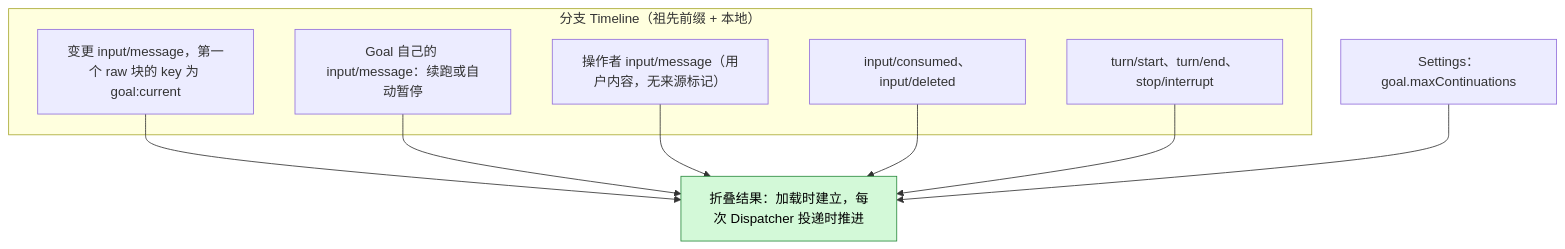
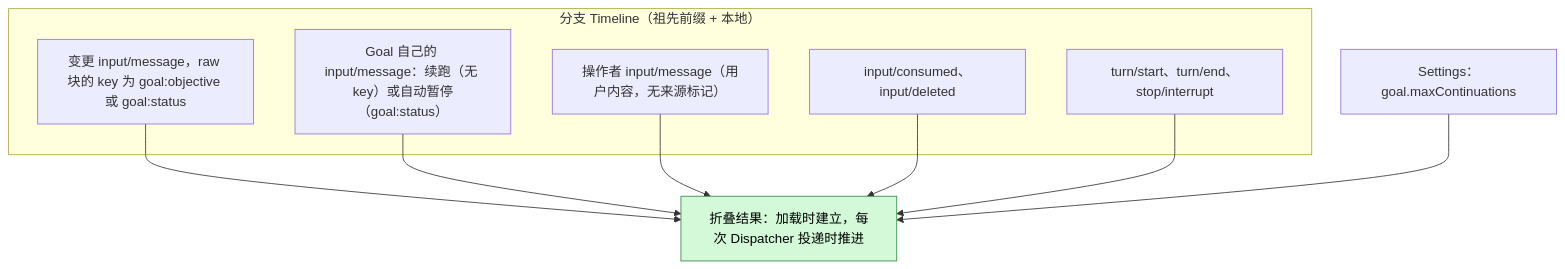
One commit to CoutinhoTTS/dim-agent changed the second of 6 diagrams in docs/zh/design/plugins/Goal.md. Above: the diagram before and after it, drawn with Mermaid. The commit also changed other lines of this file and 5 other files, not shown here.

First line of the commit message:
docs(design): keep Goal objective and status under separate keys

````diff
--- a/docs/zh/design/plugins/Goal.md
+++ b/docs/zh/design/plugins/Goal.md
@@ -50,19 +50,19 @@
 ```mermaid
 flowchart TB
   subgraph TLB["分支 Timeline（祖先前缀 + 本地）"]
-    GBK["变更 input/message，第一个 raw 块的 key 为 goal:current"]
-    CI["Goal 自己的 input/message：续跑或自动暂停"]
+    GBK["变更 input/message，raw 块的 key 为 goal:objective 或 goal:status"]
+    CI["Goal 自己的 input/message：续跑（无 key）或自动暂停（goal:status）"]
     OI["操作者 input/message（用户内容，无来源标记）"]
     IC["input/consumed、input/deleted"]
     TE["turn/start、turn/end、stop/interrupt"]
   end
   CFG["Settings：goal.maxContinuations"]
   VIEW["折叠结果：加载时建立，每次 Dispatcher 投递时推进"]:::new
   GBK --> VIEW
   CI --> VIEW
   OI --> VIEW
   IC --> VIEW
   TE --> VIEW
   CFG --> VIEW
   classDef new fill:#d3f9d8,stroke:#2b8a3e,color:#000
 ```
````
